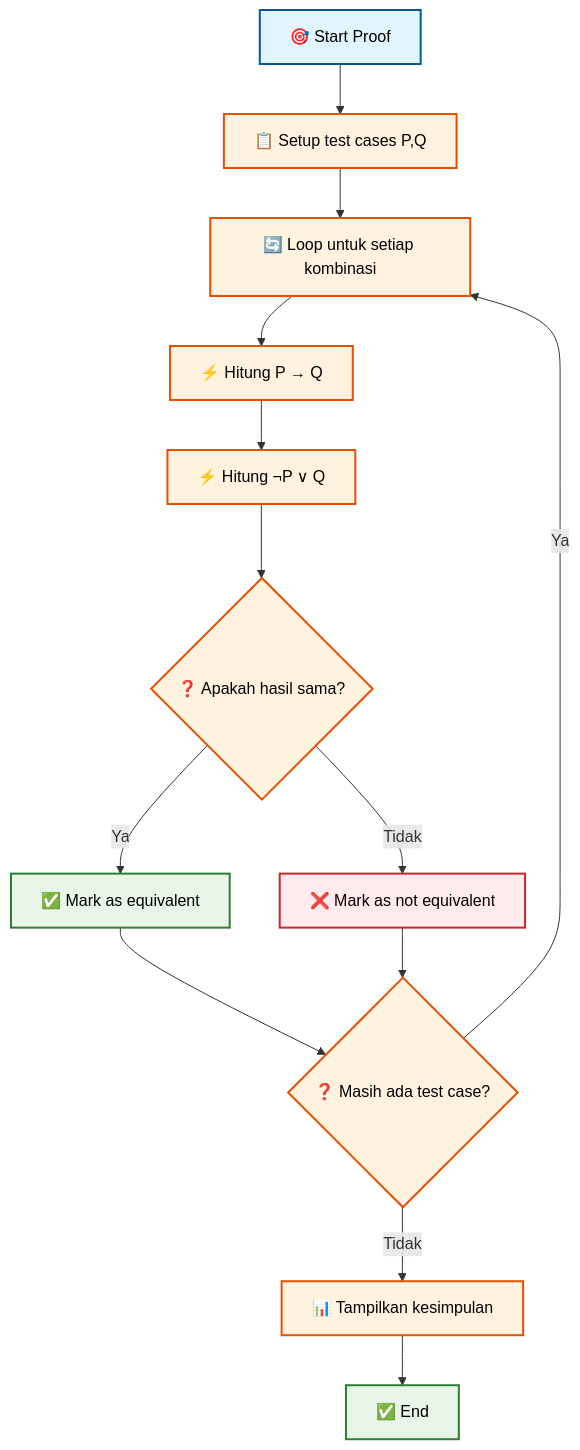
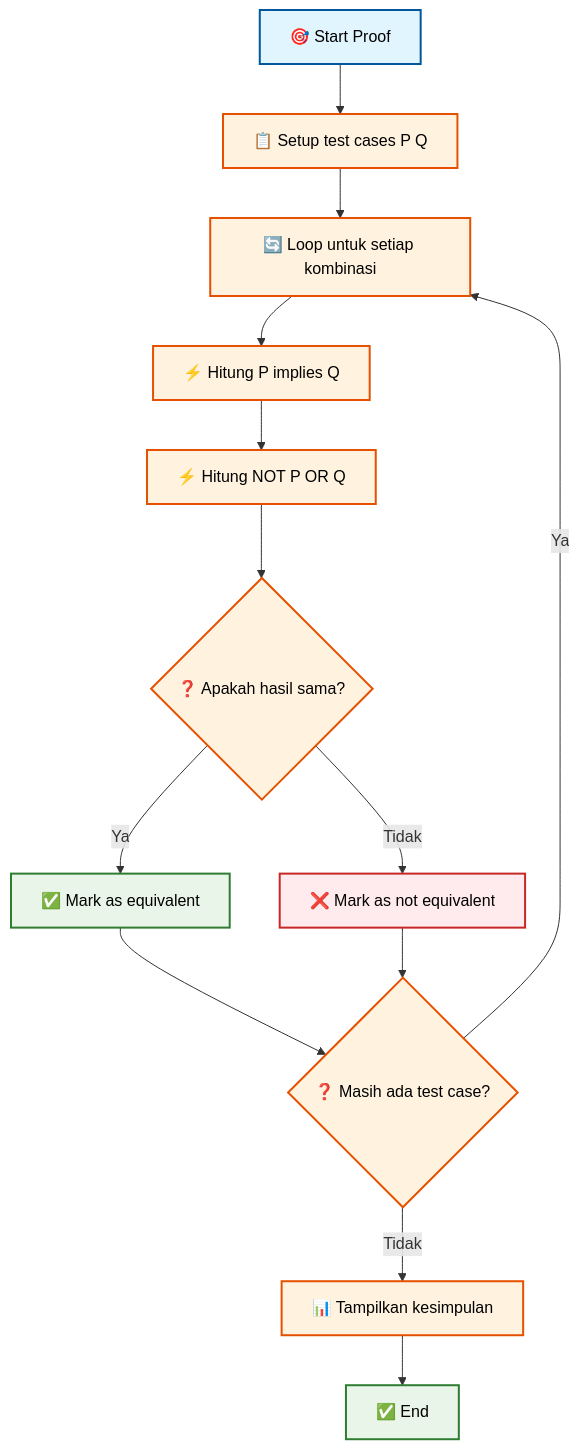
One commit to antonprafanto/logikamatematika changed the first of 10 diagrams in pertemuan3.md. Above: the diagram before and after it, drawn with Mermaid. The commit also changed other lines of this file, not shown here.

````diff
--- a/pertemuan3.md
+++ b/pertemuan3.md
@@ -122,27 +122,27 @@
 ```mermaid
 flowchart TD
-    A[🎯 Start Proof] --> B[📋 Setup test cases P,Q]
+    A[🎯 Start Proof] --> B[📋 Setup test cases P Q]
     B --> C[🔄 Loop untuk setiap kombinasi]
-    C --> D[⚡ Hitung P → Q]
-    D --> E[⚡ Hitung ¬P ∨ Q]
+    C --> D[⚡ Hitung P implies Q]
+    D --> E[⚡ Hitung NOT P OR Q]
     E --> F{❓ Apakah hasil sama?}
     F -->|Ya| G[✅ Mark as equivalent]
     F -->|Tidak| H[❌ Mark as not equivalent]
     G --> I{❓ Masih ada test case?}
     H --> I
     I -->|Ya| C
     I -->|Tidak| J[📊 Tampilkan kesimpulan]
     J --> K[✅ End]
     
     style A fill:#e1f5fe,stroke:#01579b,stroke-width:2px,color:#000
     style B fill:#fff3e0,stroke:#e65100,stroke-width:2px,color:#000
     style C fill:#fff3e0,stroke:#e65100,stroke-width:2px,color:#000
     style D fill:#fff3e0,stroke:#e65100,stroke-width:2px,color:#000
     style E fill:#fff3e0,stroke:#e65100,stroke-width:2px,color:#000
     style F fill:#fff3e0,stroke:#e65100,stroke-width:2px,color:#000
     style G fill:#e8f5e8,stroke:#2e7d32,stroke-width:2px,color:#000
     style H fill:#ffebee,stroke:#c62828,stroke-width:2px,color:#000
     style I fill:#fff3e0,stroke:#e65100,stroke-width:2px,color:#000
     style J fill:#fff3e0,stroke:#e65100,stroke-width:2px,color:#000
     style K fill:#e8f5e8,stroke:#2e7d32,stroke-width:2px,color:#000
 ```
````
